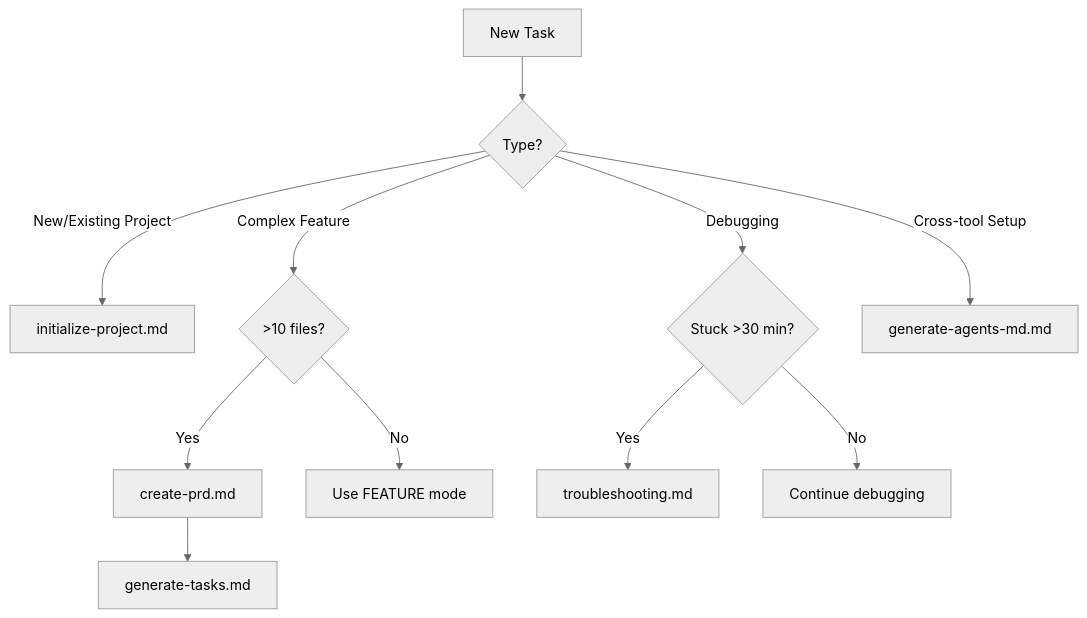
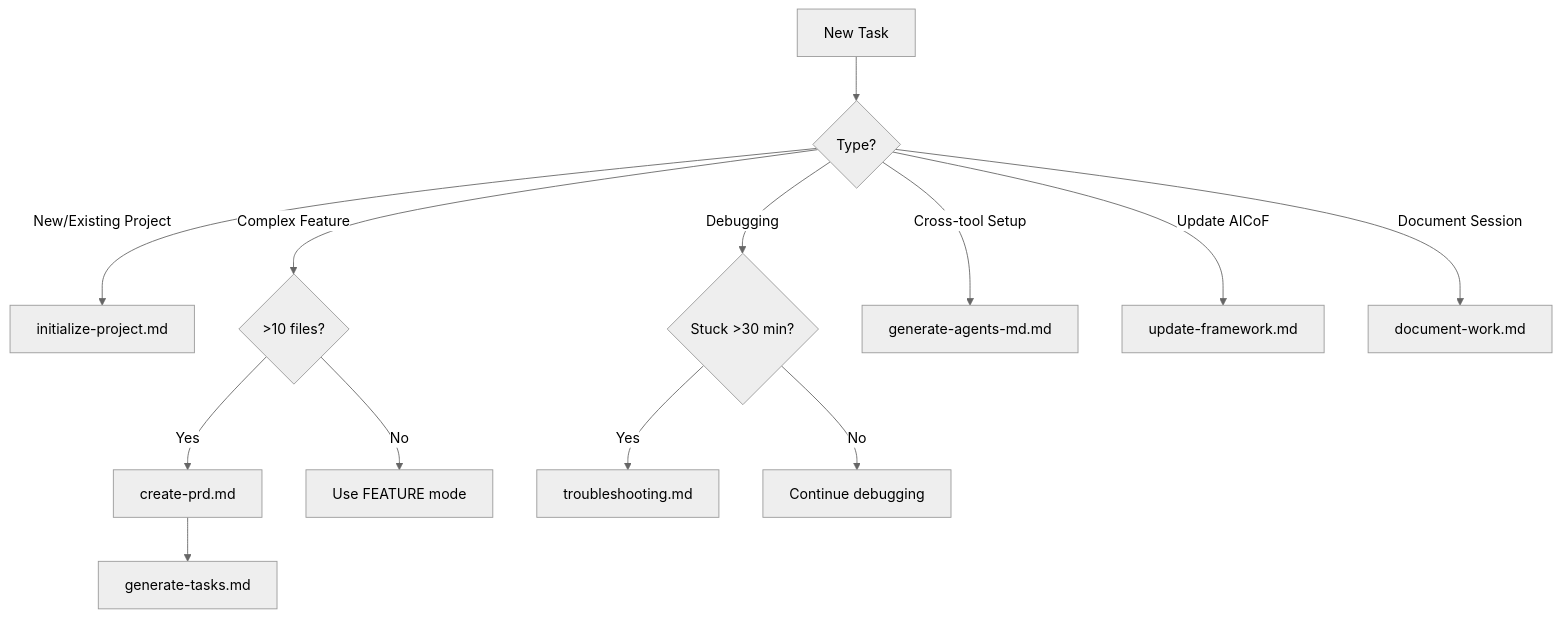
Before and after one commit to ar4mirez/samuel: the diagram in docs/workflows/index.md, drawn with Mermaid (neutral theme). The commit also changed other lines of this file and 3 other files, not shown here.

First line of the commit message:
docs: add document-work and update-framework workflow pages

````diff
--- a/docs/workflows/index.md
+++ b/docs/workflows/index.md
@@ -66,16 +68,18 @@
 ```mermaid
 graph TD
     A[New Task] --> B{Type?}
 
     B -->|New/Existing Project| C[initialize-project.md]
     B -->|Complex Feature| D{>10 files?}
     B -->|Debugging| E{Stuck >30 min?}
     B -->|Cross-tool Setup| F[generate-agents-md.md]
+    B -->|Update AICoF| G[update-framework.md]
+    B -->|Document Session| H[document-work.md]
 
-    D -->|Yes| G[create-prd.md]
-    G --> H[generate-tasks.md]
-    D -->|No| I[Use FEATURE mode]
+    D -->|Yes| I[create-prd.md]
+    I --> J[generate-tasks.md]
+    D -->|No| K[Use FEATURE mode]
 
-    E -->|Yes| J[troubleshooting.md]
-    E -->|No| K[Continue debugging]
+    E -->|Yes| L[troubleshooting.md]
+    E -->|No| M[Continue debugging]
 ```
````
